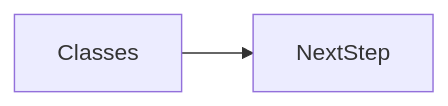
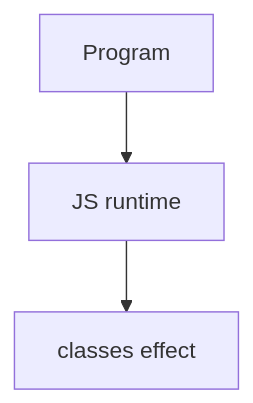
One commit to OmidJavaherii/Frontend-Engineering-Handbook changed the second of 2 diagrams in docs/en/06-javascript/classes/index.md. Above: the diagram before and after it, drawn with Mermaid. The commit also changed other lines of this file and 461 other files, not shown here.

````diff
--- a/docs/en/06-javascript/classes/index.md
+++ b/docs/en/06-javascript/classes/index.md
@@ -95,4 +113,5 @@
 ```mermaid
-flowchart LR
-  concept[Classes] --> nextStep[NextStep]
+flowchart TD
+  Code[Program] --> Runtime[JS runtime]
+  Runtime --> Effect[classes effect]
 ```
````
